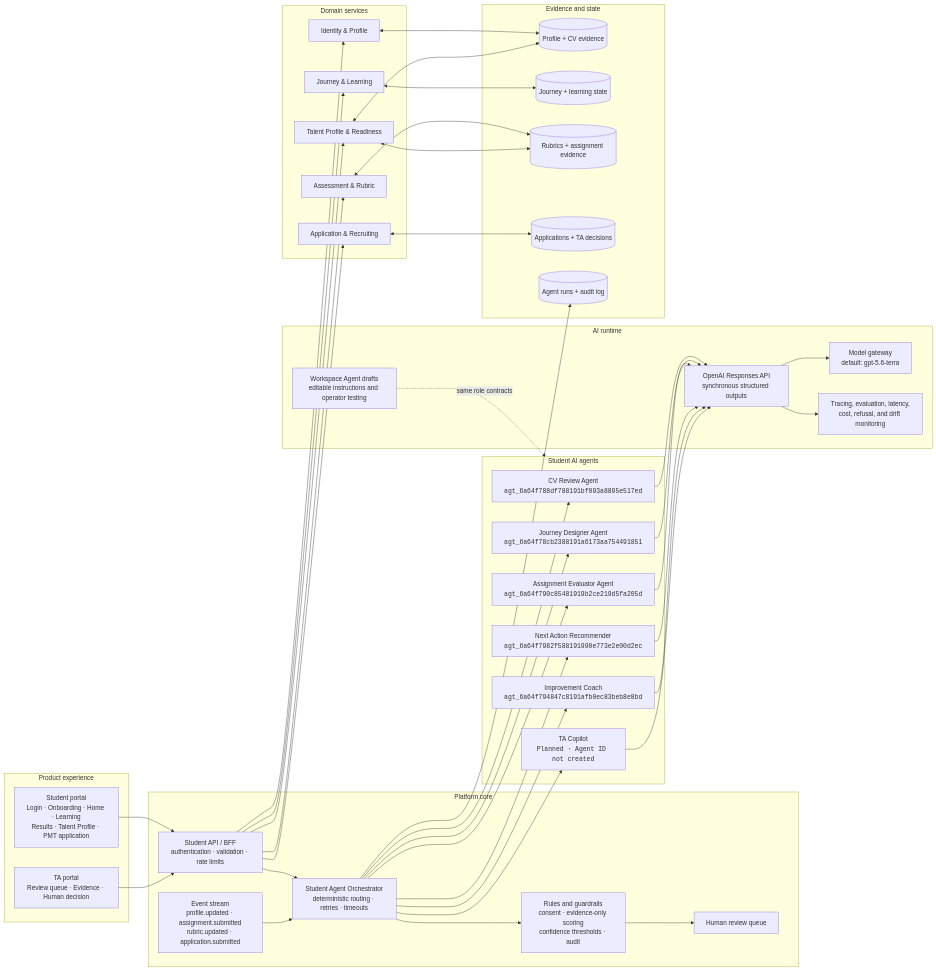
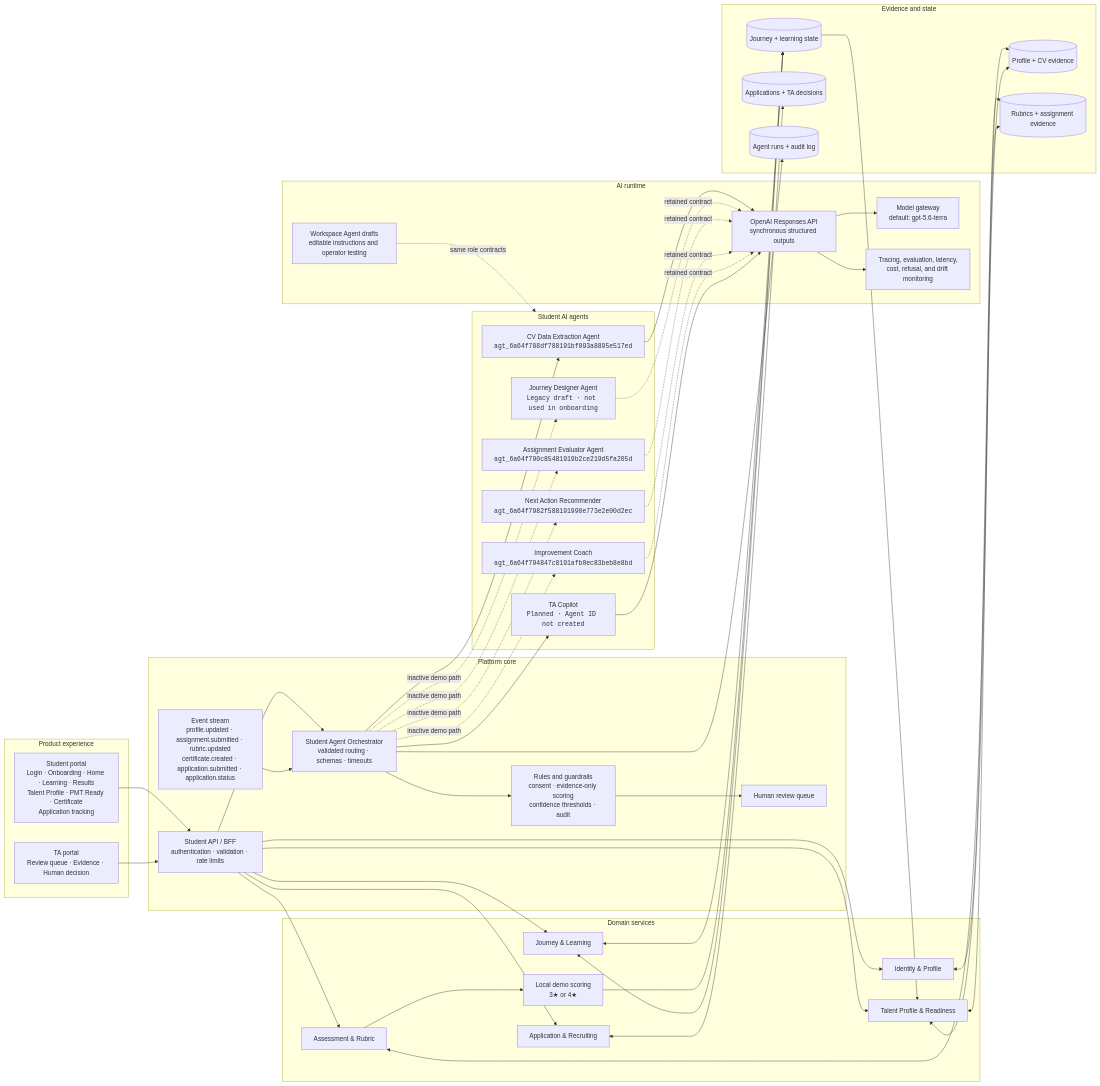
One commit to itsproduck/zahackathon2026 changed the second of 2 diagrams in README.md. Above: the diagram before and after it, drawn with Mermaid. The commit also changed other lines of this file and 6 other files, not shown here.

Commit message:
feat: complete student portal learning flow

````diff
--- a/README.md
+++ b/README.md
@@ -97,14 +102,14 @@
 ```mermaid
 flowchart LR
     subgraph EXPERIENCE["Product experience"]
-        STUDENT_UI["Student portal<br/>Login · Onboarding · Home · Learning<br/>Results · Talent Profile · PMT application"]
+        STUDENT_UI["Student portal<br/>Login · Onboarding · Home · Learning · Results<br/>Talent Profile · PMT Ready · Certificate<br/>Application tracking"]
         TA_UI["TA portal<br/>Review queue · Evidence · Human decision"]
     end
 
     subgraph PLATFORM["Platform core"]
         API["Student API / BFF<br/>authentication · validation · rate limits"]
-        ORCH["Student Agent Orchestrator<br/>deterministic routing · retries · timeouts"]
-        EVENTS["Event stream<br/>profile.updated · assignment.submitted<br/>rubric.updated · application.submitted"]
+        ORCH["Student Agent Orchestrator<br/>validated routing · schemas · timeouts"]
+        EVENTS["Event stream<br/>profile.updated · assignment.submitted · rubric.updated<br/>certificate.created · application.submitted · application.status"]
         GUARD["Rules and guardrails<br/>consent · evidence-only scoring<br/>confidence thresholds · audit"]
         REVIEW["Human review queue"]
     end
@@ -113,13 +118,14 @@
         IDENTITY["Identity & Profile"]
         JOURNEY["Journey & Learning"]
         ASSESS["Assessment & Rubric"]
+        DEMO_SCORER["Local demo scoring<br/>3★ or 4★"]
         TALENT["Talent Profile & Readiness"]
         RECRUIT["Application & Recruiting"]
     end
 
     subgraph AGENTS["Student AI agents"]
-        A1["CV Review Agent<br/><code>agt_6a64f788df788191bf093a8895e517ed</code>"]
-        A2["Journey Designer Agent<br/><code>agt_6a64f78cb2388191a6173aa754491851</code>"]
+        A1["CV Data Extraction Agent<br/><code>agt_6a64f788df788191bf093a8895e517ed</code>"]
+        A2["Journey Designer Agent<br/><code>Legacy draft · not used in onboarding</code>"]
         A3["Assignment Evaluator Agent<br/><code>agt_6a64f790c85481919b2ce219d5fa205d</code>"]
         A4["Next Action Recommender<br/><code>agt_6a64f7982f588191990e773e2e00d2ec</code>"]
         A5["Improvement Coach<br/><code>agt_6a64f794847c8191afb0ec83beb8e8bd</code>"]
@@ -156,17 +162,21 @@
     TALENT <--> RUBRIC_DB
     RECRUIT <--> APP_DB
     ORCH --> A1
-    ORCH --> A2
-    ORCH --> A3
-    ORCH --> A4
-    ORCH --> A5
+    ORCH -.->|"inactive demo path"| A2
+    ORCH -.->|"inactive demo path"| A3
+    ORCH -.->|"inactive demo path"| A4
+    ORCH -.->|"inactive demo path"| A5
     ORCH --> A6
     A1 --> RESPONSES
-    A2 --> RESPONSES
-    A3 --> RESPONSES
-    A4 --> RESPONSES
-    A5 --> RESPONSES
+    A2 -.->|"retained contract"| RESPONSES
+    A3 -.->|"retained contract"| RESPONSES
+    A4 -.->|"retained contract"| RESPONSES
+    A5 -.->|"retained contract"| RESPONSES
     A6 --> RESPONSES
+    ASSESS --> DEMO_SCORER
+    DEMO_SCORER --> JOURNEY_DB
+    JOURNEY_DB --> JOURNEY
+    JOURNEY_DB --> TALENT
     WORKSPACE -.->|"same role contracts"| AGENTS
     RESPONSES --> MODELS
     ORCH --> GUARD
````
